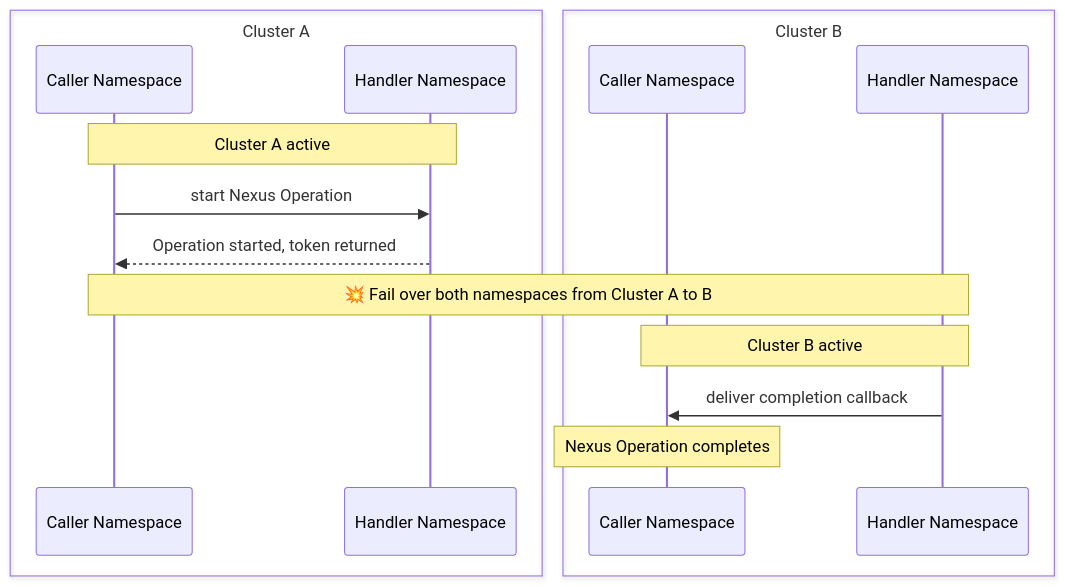
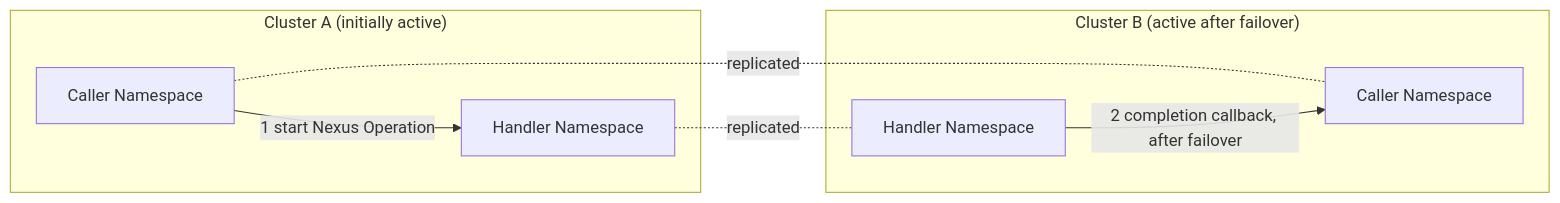
Before and after one commit to temporalio/documentation: the diagram in docs/production-deployment/self-hosted-guide/temporal-nexus.mdx, drawn with Mermaid.

Commit message:
Use a flowchart with Cluster subgraphs for the failover diagram
The CI mermaid linter parses headless (no DOM) and can't handle sequence
'box'. A flowchart with subgraphs shows the same Cluster boxes containing the
Namespaces and passes the linter.

````diff
--- a/docs/production-deployment/self-hosted-guide/temporal-nexus.mdx
+++ b/docs/production-deployment/self-hosted-guide/temporal-nexus.mdx
@@ -132,18 +132,15 @@
 ```mermaid
-sequenceDiagram
-    box Cluster A
-    participant caA as Caller Namespace
-    participant haA as Handler Namespace
+flowchart LR
+    subgraph A["Cluster A (initially active)"]
+        caA["Caller Namespace"]
+        haA["Handler Namespace"]
     end
-    box Cluster B
-    participant caB as Caller Namespace
-    participant haB as Handler Namespace
+    subgraph B["Cluster B (active after failover)"]
+        caB["Caller Namespace"]
+        haB["Handler Namespace"]
     end
-    Note over caA,haA: Cluster A active
-    caA->>haA: start Nexus Operation
-    haA-->>caA: Operation started, token returned
-    Note over caA,haB: 💥 Fail over both namespaces from Cluster A to B
-    Note over caB,haB: Cluster B active
-    haB->>caB: deliver completion callback  
-    Note over caB: Nexus Operation completes
+    caA -->|"1 start Nexus Operation"| haA
+    caA -. replicated .- caB
+    haA -. replicated .- haB
+    haB -->|"2 completion callback, after failover"| caB
 ```
````
